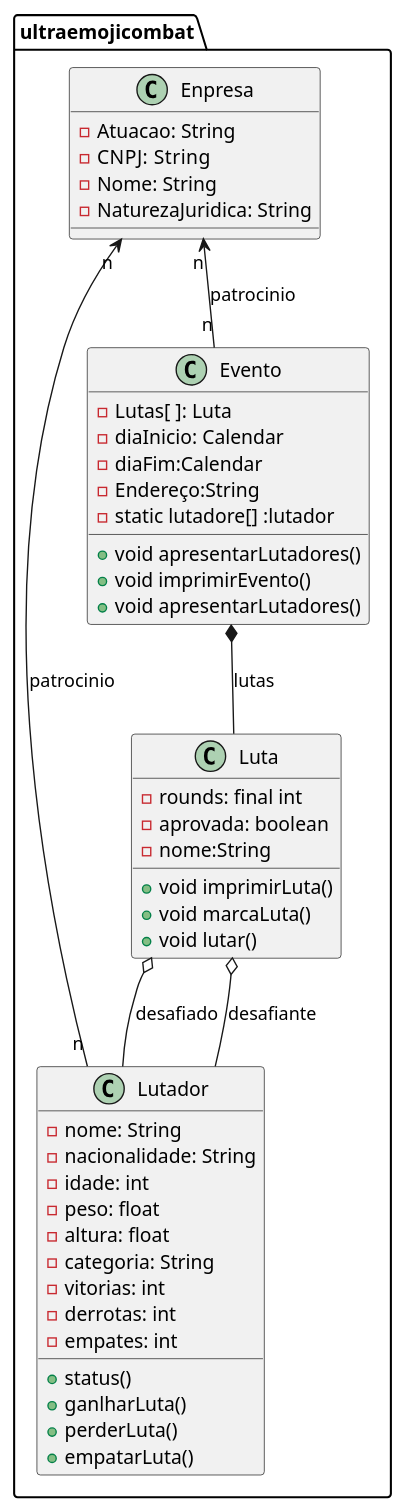
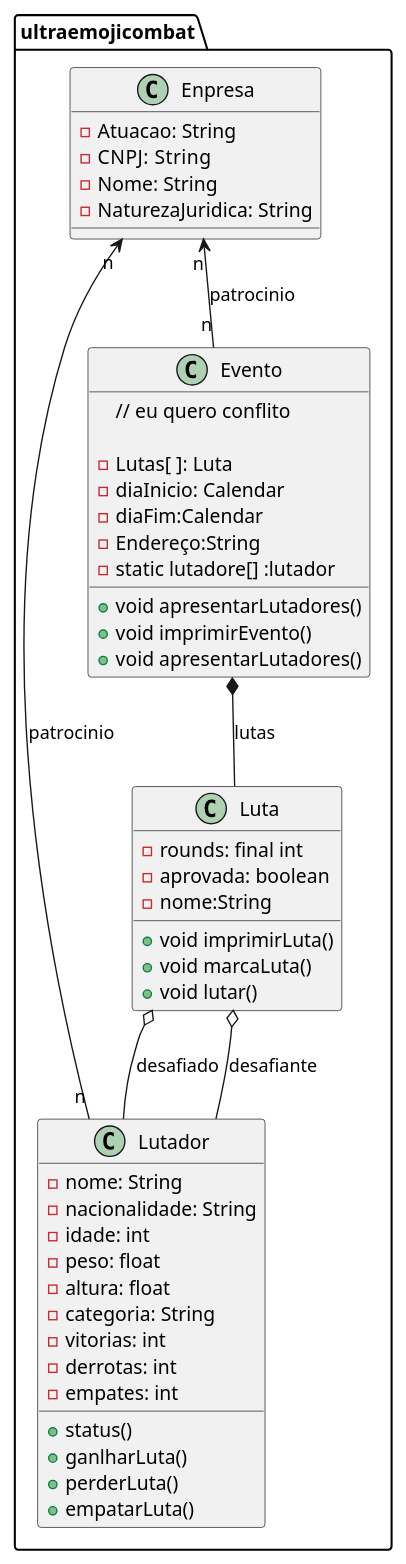
The diagram in exercicio.wsd (guisiq/ultraemojicombat), drawn with PlantUML before and after one commit.

Commit message:
botando fogo no parquinlho

```diff
--- a/exercicio.wsd
+++ b/exercicio.wsd
@@ -1,50 +1,52 @@
 @startuml exercicio
 package  ultraemojicombat <<folder>>{
 
     class Lutador{
         - nome: String
         - nacionalidade: String
         - idade: int   
         - peso: float 
         - altura: float 
         - categoria: String
         - vitorias: int   
         - derrotas: int   
         - empates: int   
 
         + status()
         + ganlharLuta()
         + perderLuta()
         + empatarLuta()    
     }
     class Luta{
         - rounds: final int
         - aprovada: boolean
         - nome:String
         + void imprimirLuta()
         + void marcaLuta()
         + void lutar()
     }
     class Enpresa{
         - Atuacao: String
         - CNPJ:  String
         - Nome: String
         - NaturezaJuridica: String
     }
     class Evento{
+        // eu quero conflito 
+        
         - Lutas[ ]: Luta
         - diaInicio: Calendar
         - diaFim:Calendar
         - Endereço:String
         - static lutadore[] :lutador
         + void apresentarLutadores()
         + void imprimirEvento()
         + void apresentarLutadores()
     }
     Evento *-- Luta: lutas
     Luta o-- Lutador: desafiado
     Luta o-- Lutador: desafiante
     Enpresa "n" <-- "n" Lutador :patrocinio
     Enpresa "n" <-- "n" Evento  :patrocinio
 }
 @enduml
```
